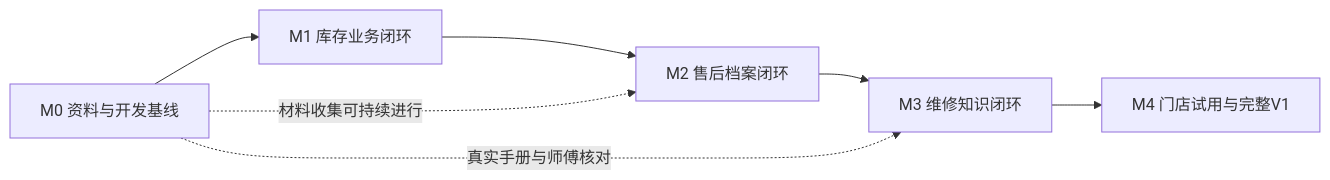
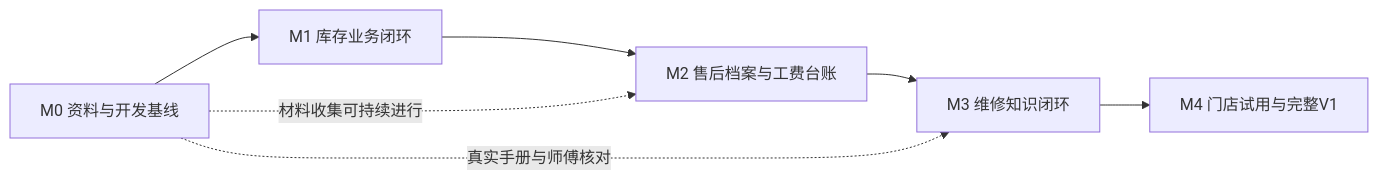
Before and after one commit to XLMD1/store-service-agent: the diagram in docs/plans/development-plan-v1.0.md, drawn with Mermaid. The commit also changed other lines of this file and 5 other files, not shown here.

````diff
--- a/docs/plans/development-plan-v1.0.md
+++ b/docs/plans/development-plan-v1.0.md
@@ -45,9 +45,9 @@
 ```mermaid
 flowchart LR
     M0[M0 资料与开发基线] --> M1[M1 库存业务闭环]
-    M1 --> M2[M2 售后档案闭环]
+    M1 --> M2[M2 售后档案与工费台账]
     M2 --> M3[M3 维修知识闭环]
     M3 --> M4[M4 门店试用与完整V1]
     M0 -.材料收集可持续进行.-> M2
     M0 -.真实手册与师傅核对.-> M3
 ```
````
